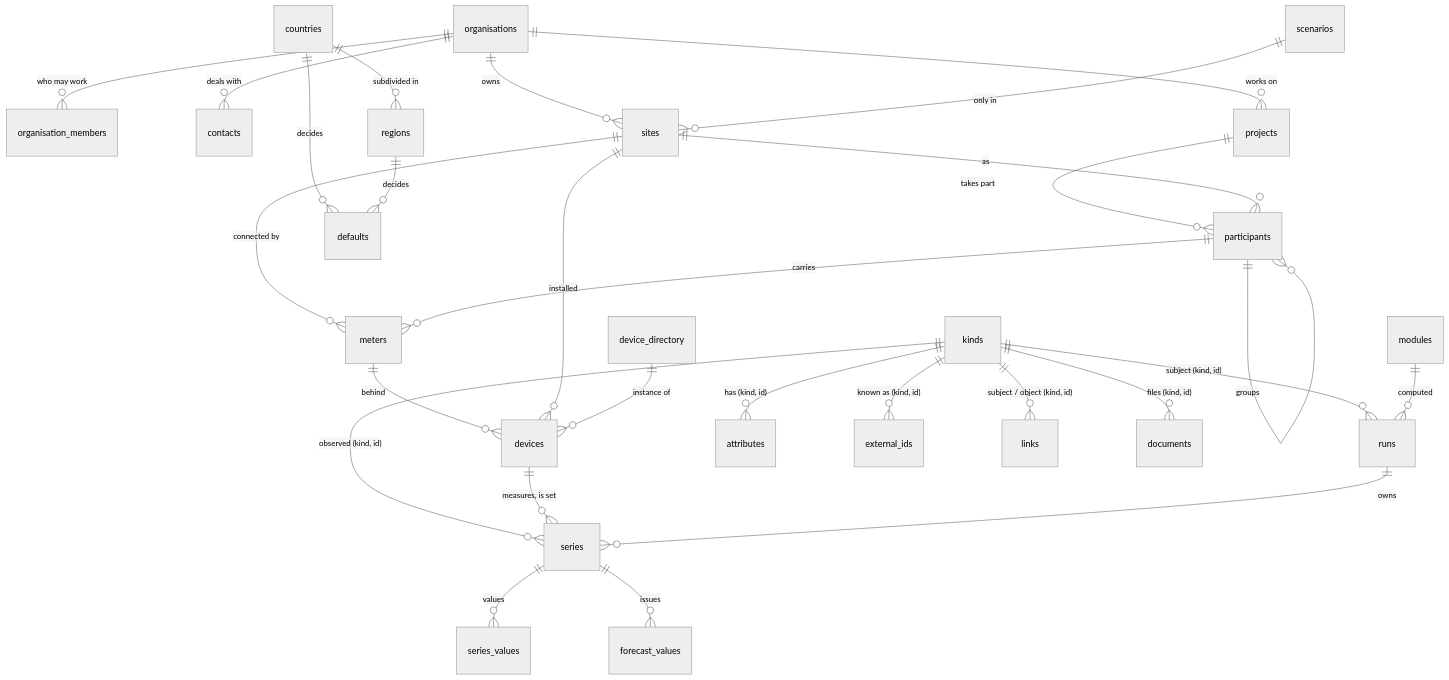
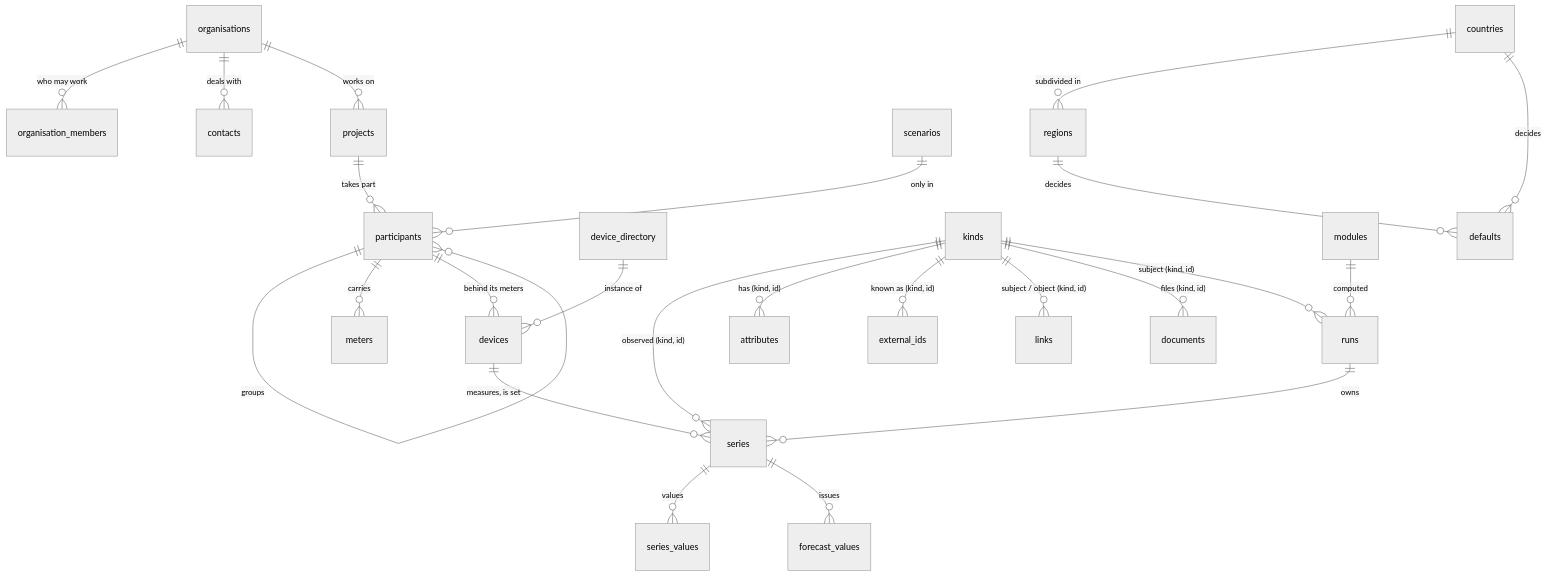
The first of 2 diagrams in docs/model.md (nexgen-os/nexgen-os), drawn with Mermaid (neutral theme) before and after one commit. The commit also changed other lines of this file and 19 other files, not shown here.

````diff
--- a/docs/model.md
+++ b/docs/model.md
@@ -13,30 +17,26 @@
 ```mermaid
 erDiagram
   organisations ||--o{ organisation_members : "who may work"
   organisations ||--o{ contacts : "deals with"
   organisations ||--o{ projects : "works on"
   projects ||--o{ participants : "takes part"
   participants ||--o{ participants : "groups"
-  sites ||--o{ participants : "as"
-  organisations ||--o{ sites : owns
-  sites ||--o{ meters : "connected by"
   participants ||--o{ meters : carries
-  meters ||--o{ devices : "behind"
-  sites ||--o{ devices : installed
+  participants ||--o{ devices : "behind its meters"
   device_directory ||--o{ devices : "instance of"
   kinds ||--o{ series : "observed (kind, id)"
   devices ||--o{ series : "measures, is set"
   runs ||--o{ series : owns
   series ||--o{ series_values : values
   series ||--o{ forecast_values : issues
   kinds ||--o{ attributes : "has (kind, id)"
   kinds ||--o{ external_ids : "known as (kind, id)"
   kinds ||--o{ links : "subject / object (kind, id)"
   kinds ||--o{ documents : "files (kind, id)"
   kinds ||--o{ runs : "subject (kind, id)"
-  scenarios ||--o{ sites : "only in"
+  scenarios ||--o{ participants : "only in"
   modules ||--o{ runs : computed
   countries ||--o{ regions : "subdivided in"
   countries ||--o{ defaults : decides
   regions ||--o{ defaults : decides
 ```
````
